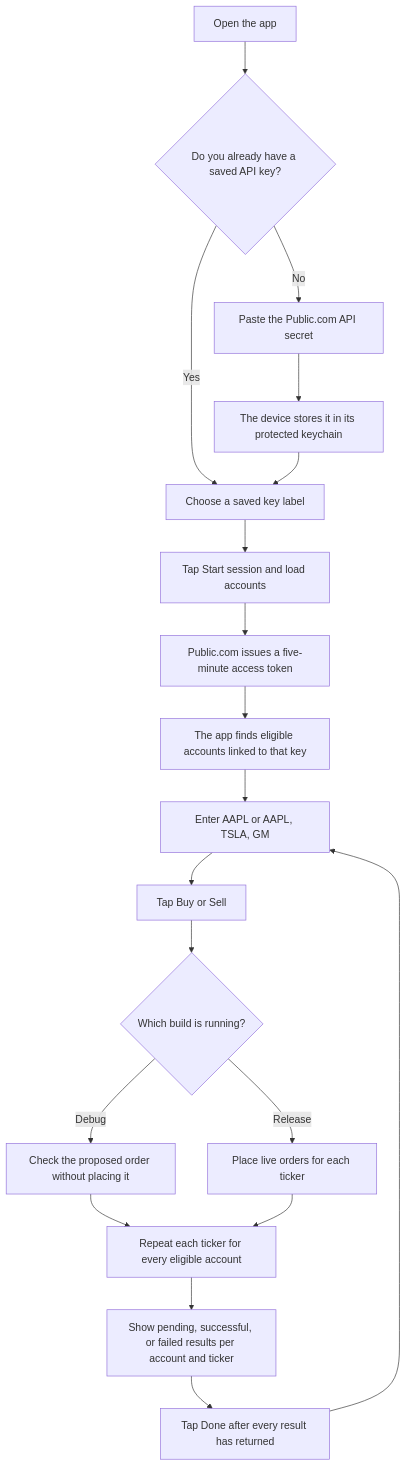
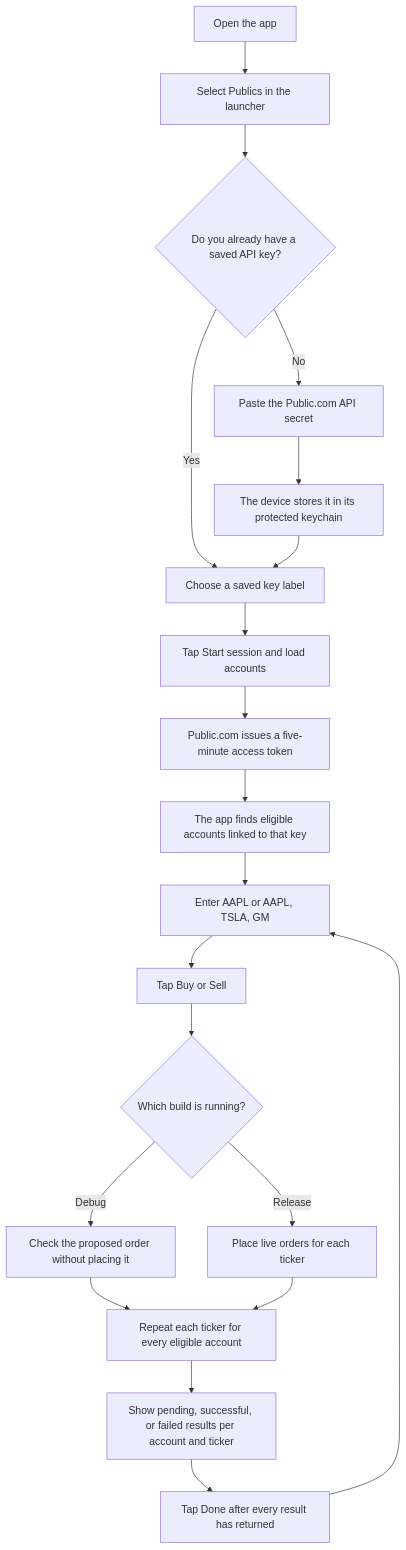
Before and after one commit to Hannsel101/PublicsTradingInterface: the diagram in README.md, drawn with Mermaid. The commit also changed other lines of this file and 47 other files, not shown here.

Commit message:
changed the application to be a multi applet architecture to make room for upcoming features not related to publics trading

````diff
--- a/README.md
+++ b/README.md
@@ -27,21 +29,22 @@
 ```mermaid
 flowchart TD
-    A[Open the app] --> B{Do you already have a saved API key?}
+    A[Open the app] --> A1[Select Publics in the launcher]
+    A1 --> B{Do you already have a saved API key?}
     B -- No --> C[Paste the Public.com API secret]
     C --> D[The device stores it in its protected keychain]
     B -- Yes --> E[Choose a saved key label]
     D --> E
     E --> F[Tap Start session and load accounts]
     F --> G[Public.com issues a five-minute access token]
     G --> H[The app finds eligible accounts linked to that key]
     H --> I[Enter AAPL or AAPL, TSLA, GM]
     I --> J[Tap Buy or Sell]
     J --> K{Which build is running?}
     K -- Debug --> L[Check the proposed order without placing it]
     K -- Release --> M[Place live orders for each ticker]
     L --> N[Repeat each ticker for every eligible account]
     M --> N
     N --> O[Show pending, successful, or failed results per account and ticker]
     O --> P[Tap Done after every result has returned]
     P --> I
 ```
````
